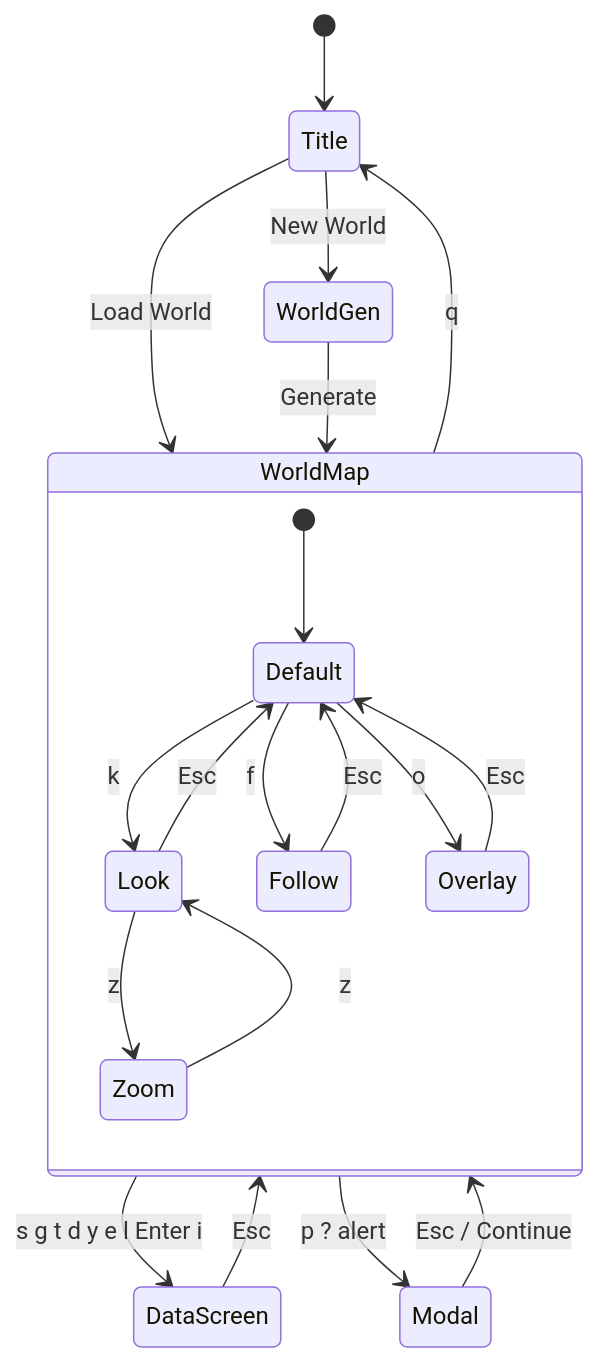
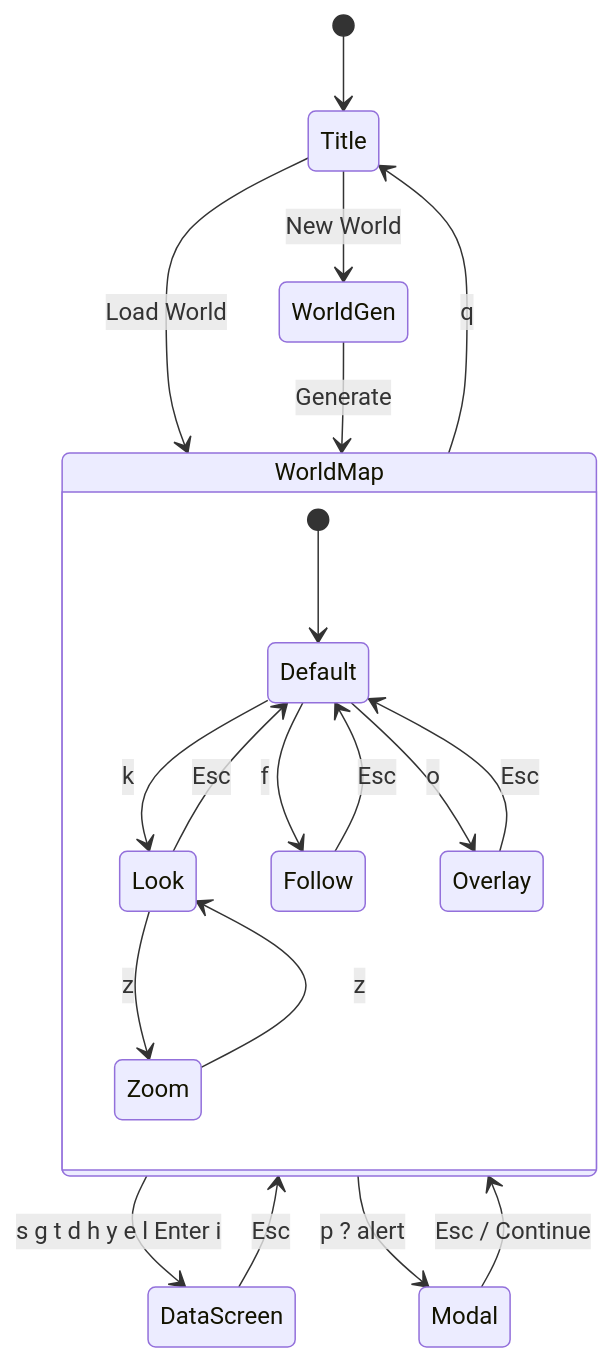
The second of 2 diagrams in docs/screens/README.md (sbayer55/sim-fortress), drawn with Mermaid before and after one commit. The commit also changed other lines of this file and 2 other files, not shown here.

````diff
--- a/docs/screens/README.md
+++ b/docs/screens/README.md
@@ -138,23 +145,23 @@
 ```mermaid
 stateDiagram-v2
     [*] --> Title
     Title --> WorldGen : New World
     Title --> WorldMap : Load World
     WorldGen --> WorldMap : Generate
     state WorldMap {
         [*] --> Default
         Default --> Look : k
         Look --> Default : Esc
         Default --> Follow : f
         Follow --> Default : Esc
         Default --> Overlay : o
         Overlay --> Default : Esc
         Look --> Zoom : z
         Zoom --> Look : z
     }
-    WorldMap --> DataScreen : s g t d y e l Enter i
+    WorldMap --> DataScreen : s g t d h y e l Enter i
     DataScreen --> WorldMap : Esc
     WorldMap --> Modal : p ? alert
     Modal --> WorldMap : Esc / Continue
     WorldMap --> Title : q
 ```
````
